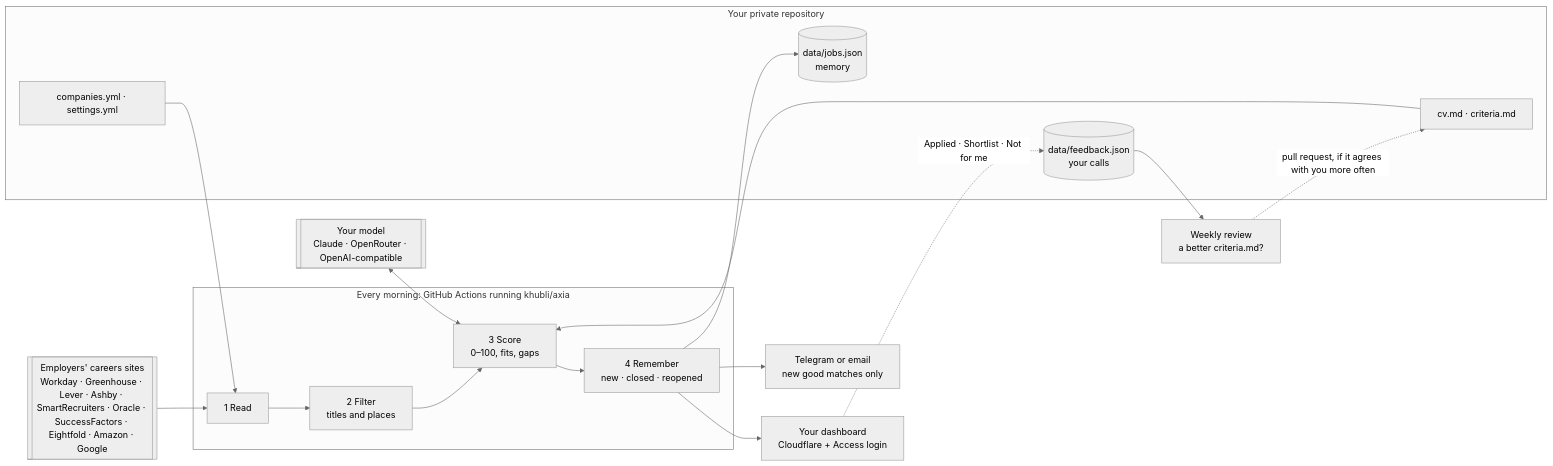
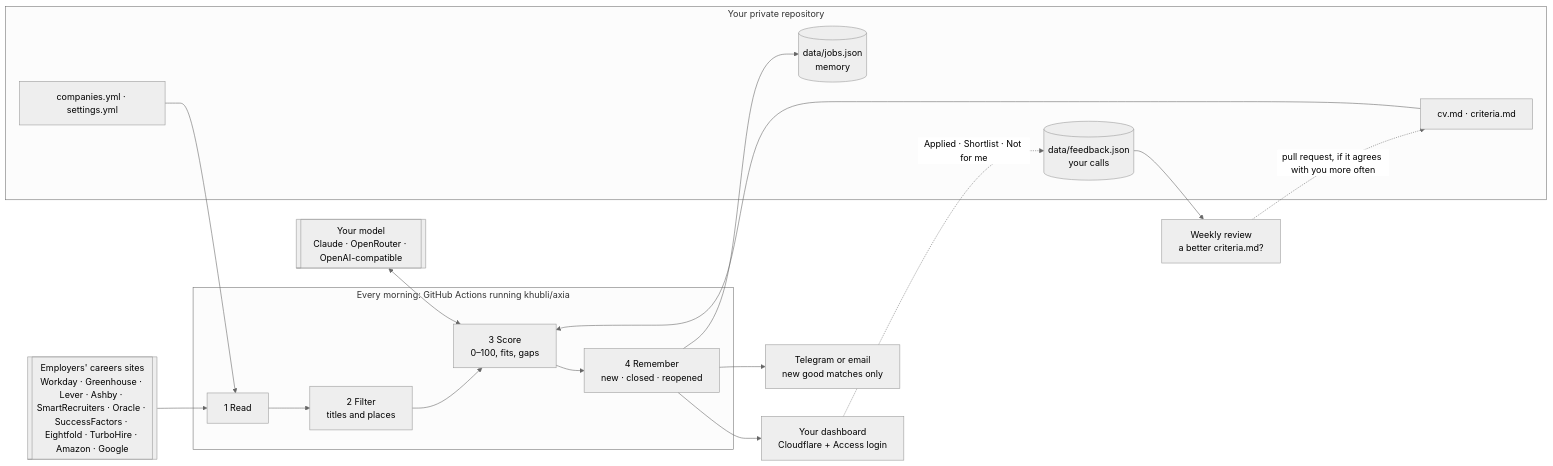
One commit to khubli/axia changed the diagram in docs/how-it-works.md. Above: the diagram before and after it, drawn with Mermaid (neutral theme). The commit also changed other lines of this file and 12 other files, not shown here.

First line of the commit message:
Read TurboHire career sites (1.8.0)

````diff
--- a/docs/how-it-works.md
+++ b/docs/how-it-works.md
@@ -5,24 +5,24 @@
 ```mermaid
 flowchart LR
   subgraph you["Your private repository"]
     cfg["companies.yml · settings.yml"]
     cv["cv.md · criteria.md"]
     mem[("data/jobs.json<br/>memory")]
     fb[("data/feedback.json<br/>your calls")]
   end
-  sites[["Employers' careers sites<br/>Workday · Greenhouse · Lever · Ashby · SmartRecruiters · Oracle · SuccessFactors · Eightfold · Amazon · Google"]]
+  sites[["Employers' careers sites<br/>Workday · Greenhouse · Lever · Ashby · SmartRecruiters · Oracle · SuccessFactors · Eightfold · TurboHire · Amazon · Google"]]
   model[["Your model<br/>Claude · OpenRouter · OpenAI-compatible"]]
   subgraph run["Every morning: GitHub Actions running khubli/axia"]
     read["1 Read"] --> filter["2 Filter<br/>titles and places"] --> score["3 Score<br/>0–100, fits, gaps"] --> remember["4 Remember<br/>new · closed · reopened"]
   end
   cfg --> read
   sites --> read
   cv --> score
   model <--> score
   remember --> mem
   remember --> dash["Your dashboard<br/>Cloudflare + Access login"]
   remember --> msg["Telegram or email<br/>new good matches only"]
   dash -. "Applied · Shortlist · Not for me" .-> fb
   fb --> review["Weekly review<br/>a better criteria.md?"]
   review -. "pull request, if it agrees with you more often" .-> cv
 ```
````
